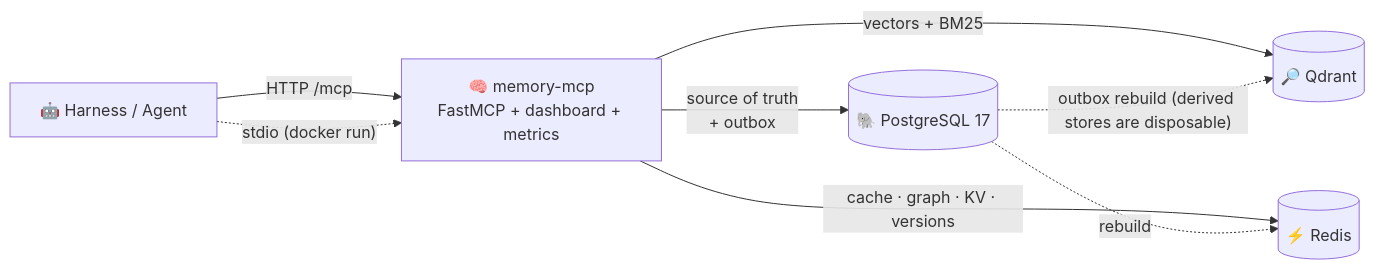
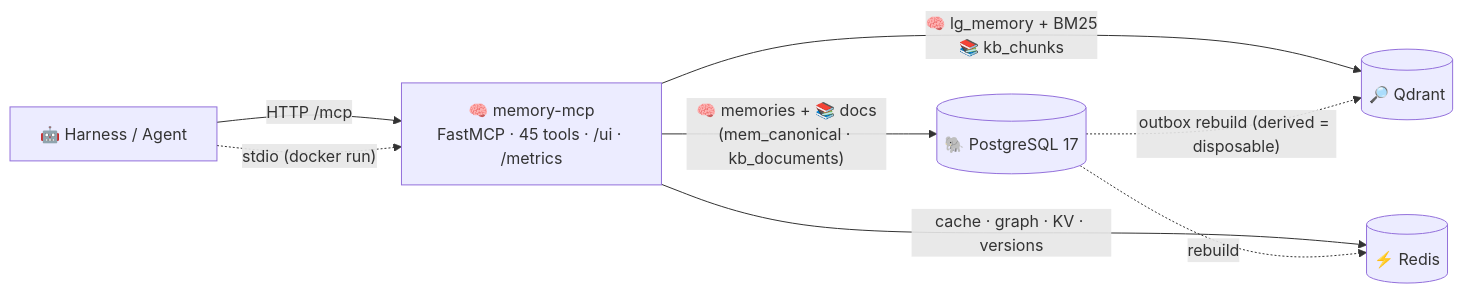
Before and after one commit to Akshat-530/any-harness-memory: the first of 6 diagrams in README.md, drawn with Mermaid. The commit also changed other lines of this file, not shown here.

Commit message:
docs: add RAG lane to all diagrams (architecture, workflow, write/read paths) + two-lane section

````diff
--- a/README.md
+++ b/README.md
@@ -43,10 +43,10 @@
 ```mermaid
 flowchart LR
-  H["🤖 Harness / Agent"] -->|"HTTP  /mcp"| M["🧠 memory-mcp<br/>FastMCP + dashboard + metrics"]
+  H["🤖 Harness / Agent"] -->|"HTTP  /mcp"| M["🧠 memory-mcp<br/>FastMCP · 45 tools · /ui · /metrics"]
   H -. "stdio (docker run)" .-> M
-  M -->|"source of truth<br/>+ outbox"| PG[("🐘 PostgreSQL 17")]
-  M -->|"vectors + BM25"| Q[("🔎 Qdrant")]
+  M -->|"🧠 memories + 📚 docs<br/>(mem_canonical · kb_documents)"| PG[("🐘 PostgreSQL 17")]
+  M -->|"🧠 lg_memory + BM25<br/>📚 kb_chunks"| Q[("🔎 Qdrant")]
   M -->|"cache · graph · KV · versions"| R[("⚡ Redis")]
-  PG -. "outbox rebuild (derived stores are disposable)" .-> Q
+  PG -. "outbox rebuild (derived = disposable)" .-> Q
   PG -. "rebuild" .-> R
 ```
````
